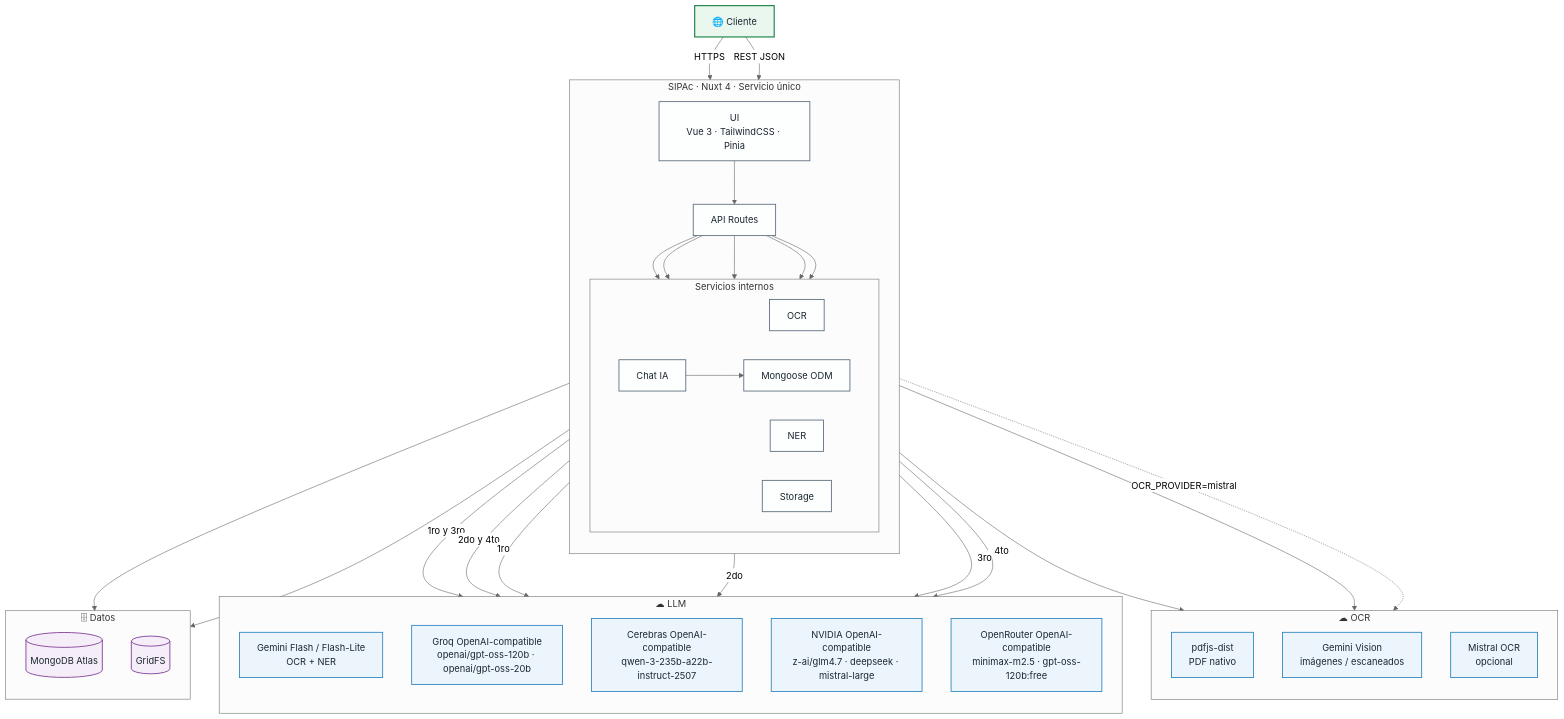
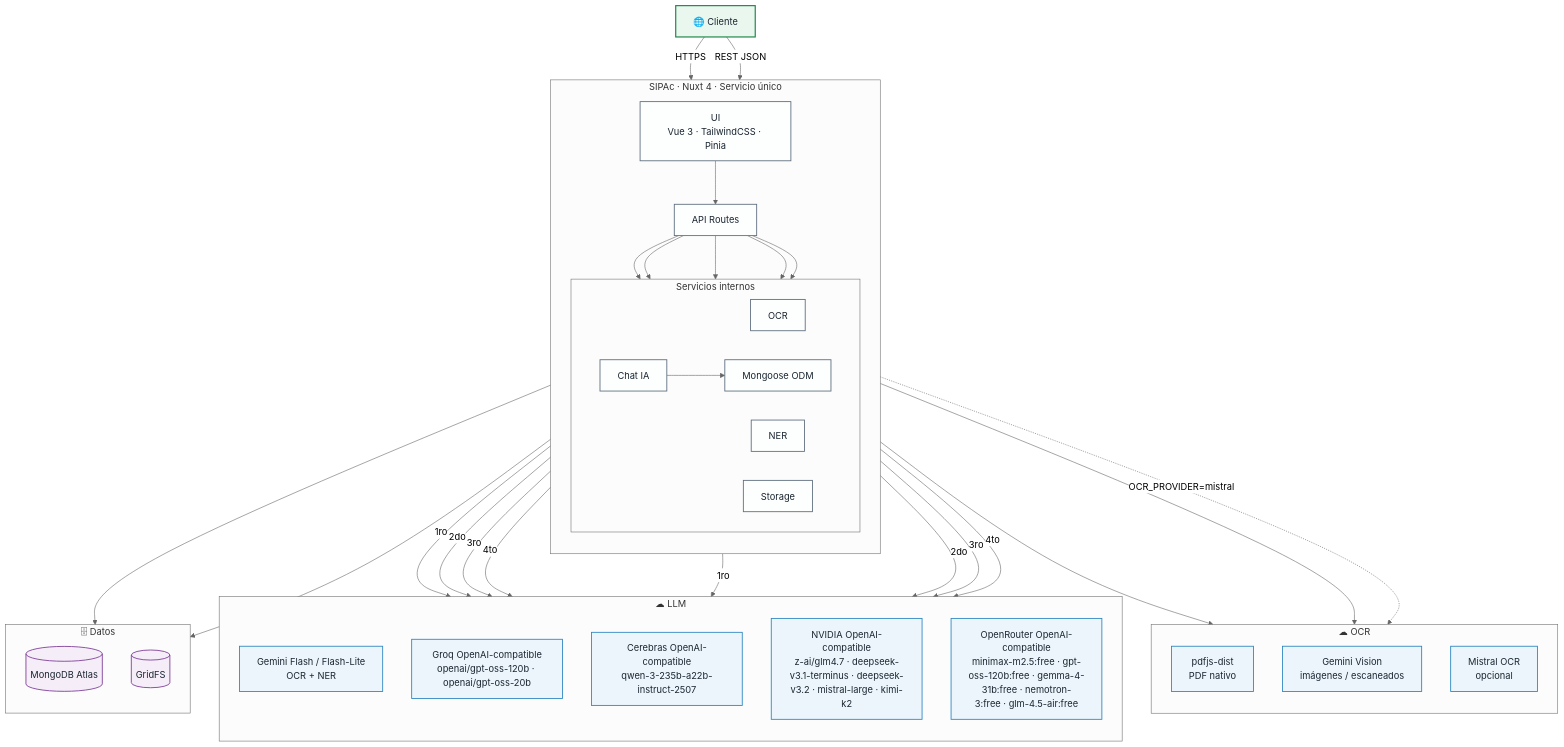
The first of 2 diagrams in docs/analisis-diseno/documentacion/03-arquitectura-tecnica.md (KarloZ7715/SIPAc), drawn with Mermaid (neutral theme) before and after one commit. The commit also changed other lines of this file and 17 other files, not shown here.

Commit message:
docs(docs): actualizar diagramas y arquitectura de chat

````diff
--- a/docs/analisis-diseno/documentacion/03-arquitectura-tecnica.md
+++ b/docs/analisis-diseno/documentacion/03-arquitectura-tecnica.md
@@ -33,76 +34,78 @@
 ```mermaid
 flowchart TB
   Browser["🌐 Cliente"]
 
   subgraph SIPAc["SIPAc · Nuxt 4 · Servicio único"]
     direction TB
     UI["UI<br/>Vue 3 · TailwindCSS · Pinia"]
     API["API Routes"]
 
     subgraph Services["Servicios internos"]
       direction LR
       OCR["OCR"]
       NER["NER"]
       Chat["Chat IA"]
       Storage["Storage"]
       ODM["Mongoose ODM"]
     end
   end
 
   subgraph OCRProviders["☁ OCR"]
     direction TB
     Pdfjs["pdfjs-dist<br/>PDF nativo"]
     GeminiVision["Gemini Vision<br/>imágenes / escaneados"]
     Mistral["Mistral OCR<br/>opcional"]
   end
 
   subgraph LLMProviders["☁ LLM"]
     direction TB
     Gemini["Gemini Flash / Flash-Lite<br/>OCR + NER"]
     Groq["Groq OpenAI-compatible<br/>openai/gpt-oss-120b · openai/gpt-oss-20b"]
     Cerebras["Cerebras OpenAI-compatible<br/>qwen-3-235b-a22b-instruct-2507"]
-    Nvidia["NVIDIA OpenAI-compatible<br/>z-ai/glm4.7 · deepseek · mistral-large"]
-    OpenRouter["OpenRouter OpenAI-compatible<br/>minimax-m2.5 · gpt-oss-120b:free"]
+    Nvidia["NVIDIA OpenAI-compatible<br/>z-ai/glm4.7 · deepseek-v3.1-terminus · deepseek-v3.2 · mistral-large · kimi-k2"]
+    OpenRouter["OpenRouter OpenAI-compatible<br/>minimax-m2.5:free · gpt-oss-120b:free · gemma-4-31b:free · nemotron-3:free · glm-4.5-air:free"]
   end
 
   subgraph Data["🗄 Datos"]
     direction TB
     MongoDB[(MongoDB Atlas)]
     GridFS[(GridFS)]
   end
 
   Browser -->|HTTPS| UI
   Browser -->|REST JSON| API
   UI --> API
 
   API --> OCR
   API --> NER
   API --> Chat
   API --> Storage
   API --> ODM
 
   OCR --> Pdfjs
   OCR --> GeminiVision
   OCR -.->|OCR_PROVIDER=mistral| Mistral
 
-  NER -->|1ro y 3ro| Gemini
-  NER -->|2do y 4to| Groq
+  NER -->|1ro| Gemini
+  NER -->|2do| Nvidia
+  NER -->|3ro| OpenRouter
+  NER -->|4to| Groq
   Chat -->|1ro| Cerebras
   Chat -->|2do| Nvidia
-  Chat -->|3ro| OpenRouter
-  Chat -->|4to| Groq
+  Chat -->|3ro| Groq
+  Chat -->|4to| OpenRouter
   Chat --> ODM
 
   ODM --> MongoDB
   Storage --> GridFS
 
   classDef browserNode fill:#EAF7EE,stroke:#1E8449,color:#1B2631,stroke-width:2px
   classDef appNode fill:#FDFEFE,stroke:#5D6D7E,color:#1B2631,stroke-width:1.5px
   classDef providerNode fill:#EBF5FB,stroke:#2E86C1,color:#1B2631,stroke-width:1.5px
   classDef dbNode fill:#F5EEF8,stroke:#7D3C98,color:#1B2631,stroke-width:1.5px
 
   class Browser browserNode
   class UI,API,OCR,NER,Chat,Storage,ODM appNode
   class Pdfjs,GeminiVision,Mistral,Cerebras,Gemini,Groq,Nvidia,OpenRouter providerNode
   class MongoDB,GridFS dbNode
 ```
````
